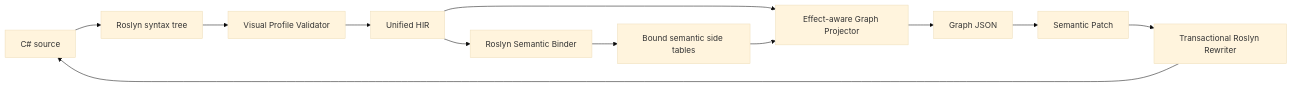
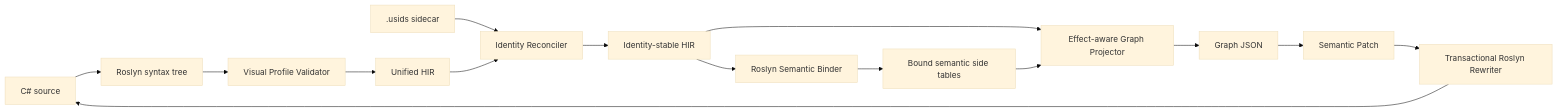
Before and after one commit to whisper3zzz/FinareScript: the diagram in docs/ARCHITECTURE.md, drawn with Mermaid (base theme). The commit also changed other lines of this file and 23 other files, not shown here.

Commit message:
feat: add persistent semantic identity sidecars

````diff
--- a/docs/ARCHITECTURE.md
+++ b/docs/ARCHITECTURE.md
@@ -47,14 +49,17 @@
 ```mermaid
 flowchart LR
     Source["C# source"] --> Roslyn["Roslyn syntax tree"]
     Roslyn --> Validator["Visual Profile Validator"]
     Validator --> HIR["Unified HIR"]
-    HIR --> Binder["Roslyn Semantic Binder"]
+    Sidecar[".usids sidecar"] --> Reconcile["Identity Reconciler"]
+    HIR --> Reconcile
+    Reconcile --> StableHIR["Identity-stable HIR"]
+    StableHIR --> Binder["Roslyn Semantic Binder"]
     Binder --> Bound["Bound semantic side tables"]
-    HIR --> Projector["Effect-aware Graph Projector"]
+    StableHIR --> Projector["Effect-aware Graph Projector"]
     Bound --> Projector
     Projector --> Graph["Graph JSON"]
     Graph --> Patch["Semantic Patch"]
     Patch --> Rewriter["Transactional Roslyn Rewriter"]
     Rewriter --> Source
 ```
````
